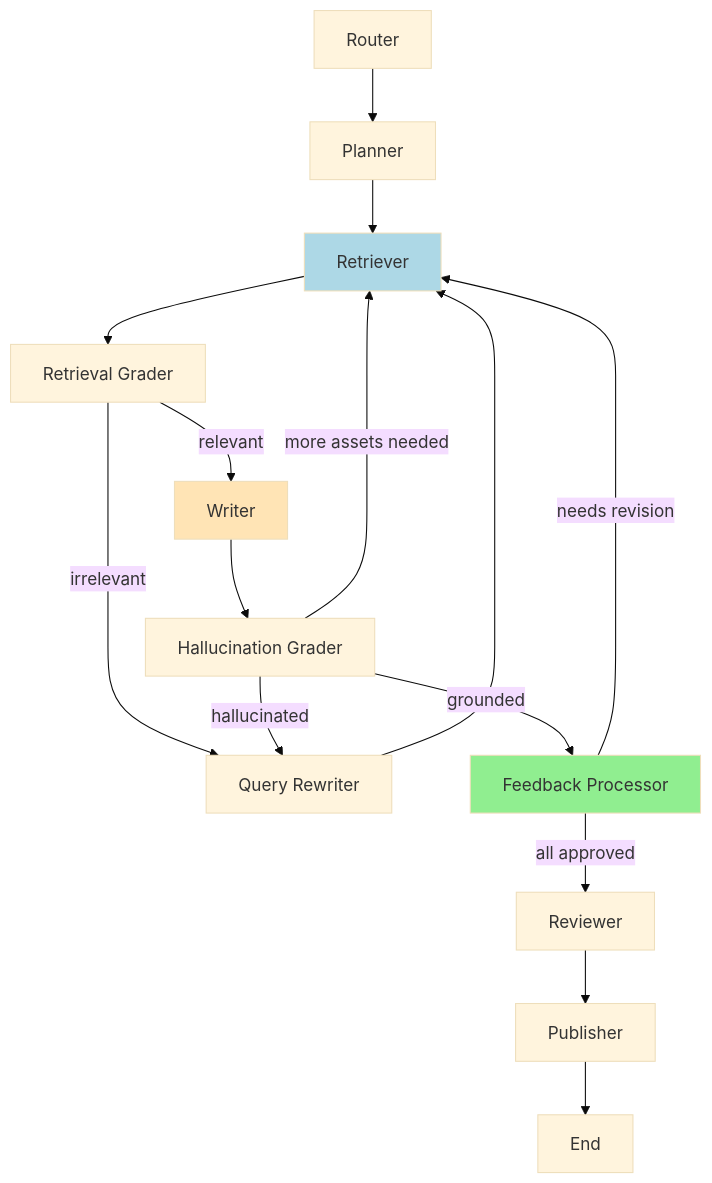
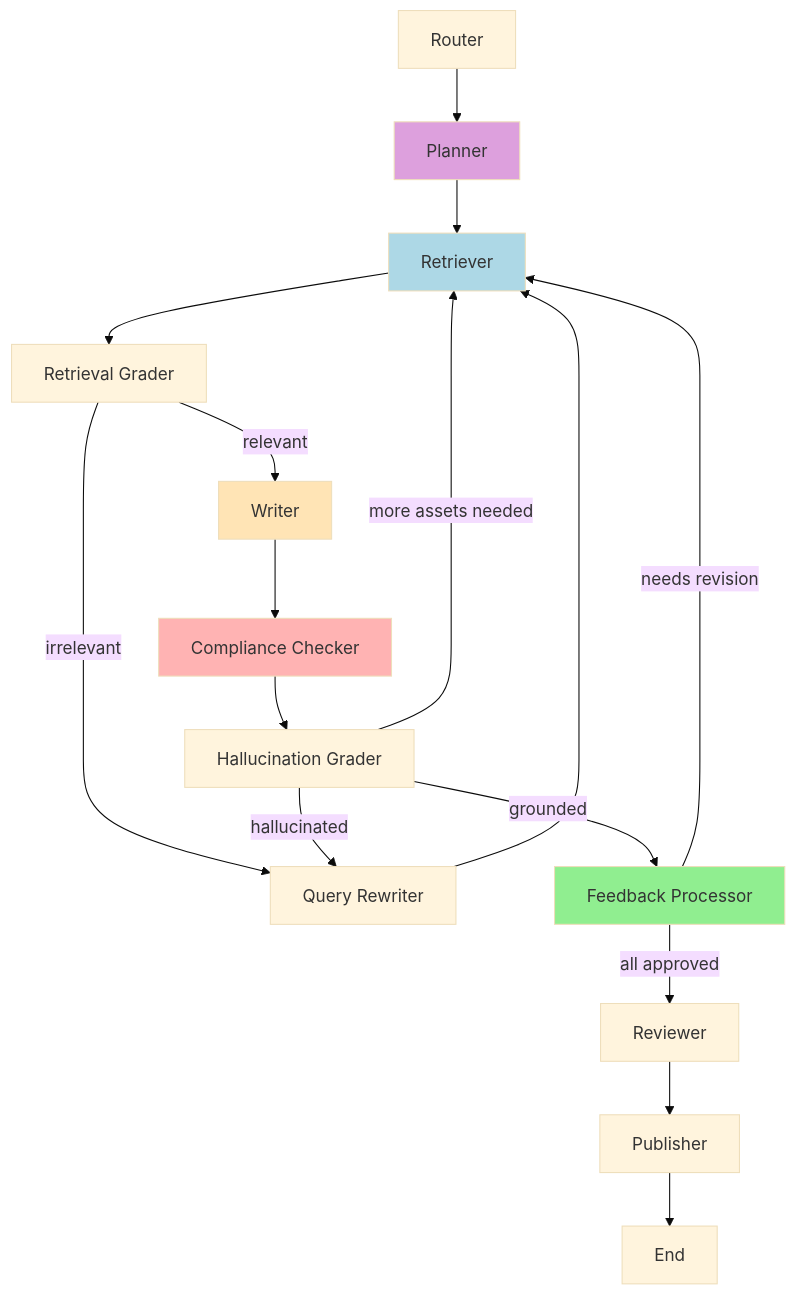
Before and after one commit to Chaitanya-0310/Multi_Model_AI_Agent: the first of 4 diagrams in rag_architecture.md, drawn with Mermaid (base theme). The commit also changed other lines of this file and 17 other files, not shown here.

````diff
--- a/rag_architecture.md
+++ b/rag_architecture.md
@@ -9,27 +9,31 @@
 ```mermaid
 graph TD
     Router[Router] --> Planner[Planner]
     Planner --> Retriever[Retriever]
     Retriever --> RetrievalGrader[Retrieval Grader]
-    
+
     RetrievalGrader -->|relevant| Writer[Writer]
     RetrievalGrader -->|irrelevant| QueryRewriter[Query Rewriter]
-    
+
     QueryRewriter --> Retriever
-    
-    Writer --> HallucinationGrader[Hallucination Grader]
-    
+
+    Writer --> ComplianceChecker[Compliance Checker]
+
+    ComplianceChecker --> HallucinationGrader[Hallucination Grader]
+
     HallucinationGrader -->|grounded| FeedbackProcessor[Feedback Processor]
     HallucinationGrader -->|hallucinated| QueryRewriter
     HallucinationGrader -->|more assets needed| Retriever
-    
+
     FeedbackProcessor -->|needs revision| Retriever
     FeedbackProcessor -->|all approved| Reviewer[Reviewer]
-    
+
     Reviewer --> Publisher[Publisher]
     Publisher --> End[End]
-    
+
+    style ComplianceChecker fill:#FFB3B3
     style FeedbackProcessor fill:#90EE90
     style Writer fill:#FFE4B5
     style Retriever fill:#ADD8E6
+    style Planner fill:#DDA0DD
 ```
````
